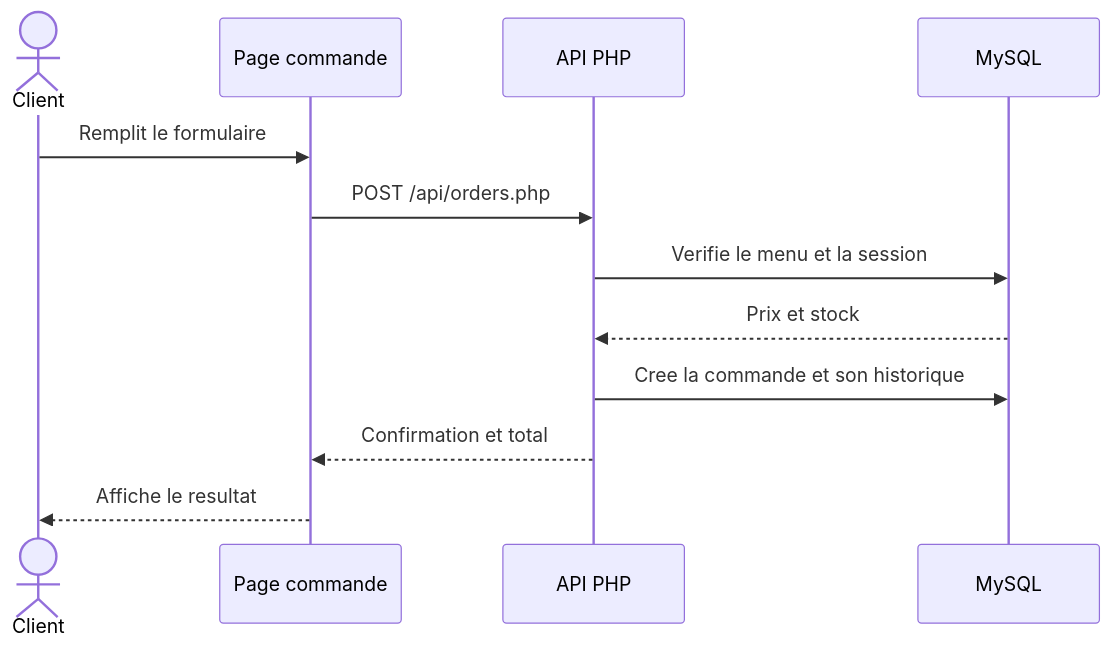
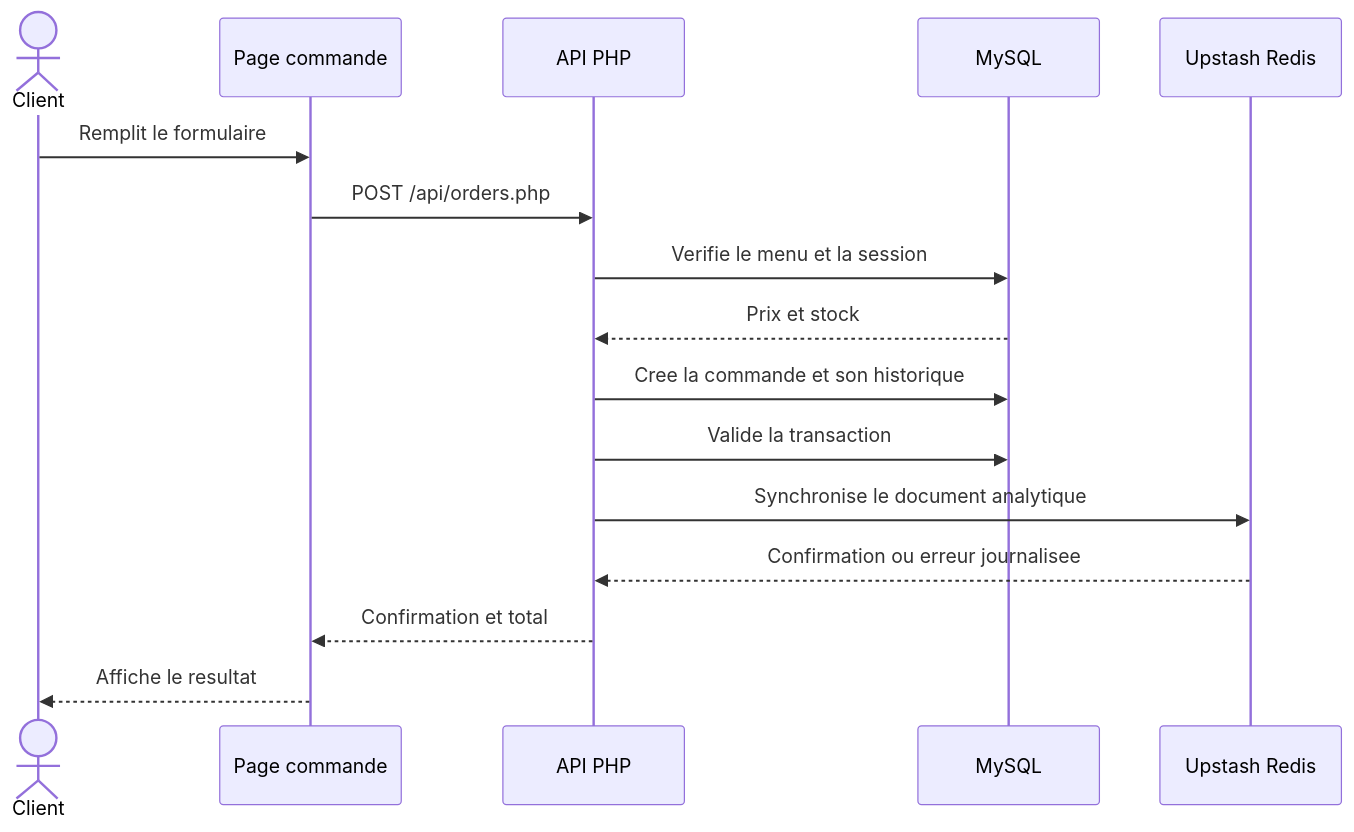
One commit to Lisbeth7788/Vite-et-Gourmand changed the third of 3 diagrams in docs/diagrammes.md. Above: the diagram before and after it, drawn with Mermaid. The commit also changed other lines of this file and 11 other files, not shown here.

````diff
--- a/docs/diagrammes.md
+++ b/docs/diagrammes.md
@@ -42,14 +42,18 @@
 ```mermaid
 sequenceDiagram
   actor Client
   participant Page as Page commande
   participant PHP as API PHP
   participant SQL as MySQL
+  participant NoSQL as Upstash Redis
   Client->>Page: Remplit le formulaire
   Page->>PHP: POST /api/orders.php
   PHP->>SQL: Verifie le menu et la session
   SQL-->>PHP: Prix et stock
   PHP->>SQL: Cree la commande et son historique
+  PHP->>SQL: Valide la transaction
+  PHP->>NoSQL: Synchronise le document analytique
+  NoSQL-->>PHP: Confirmation ou erreur journalisee
   PHP-->>Page: Confirmation et total
   Page-->>Client: Affiche le resultat
 ```
````
